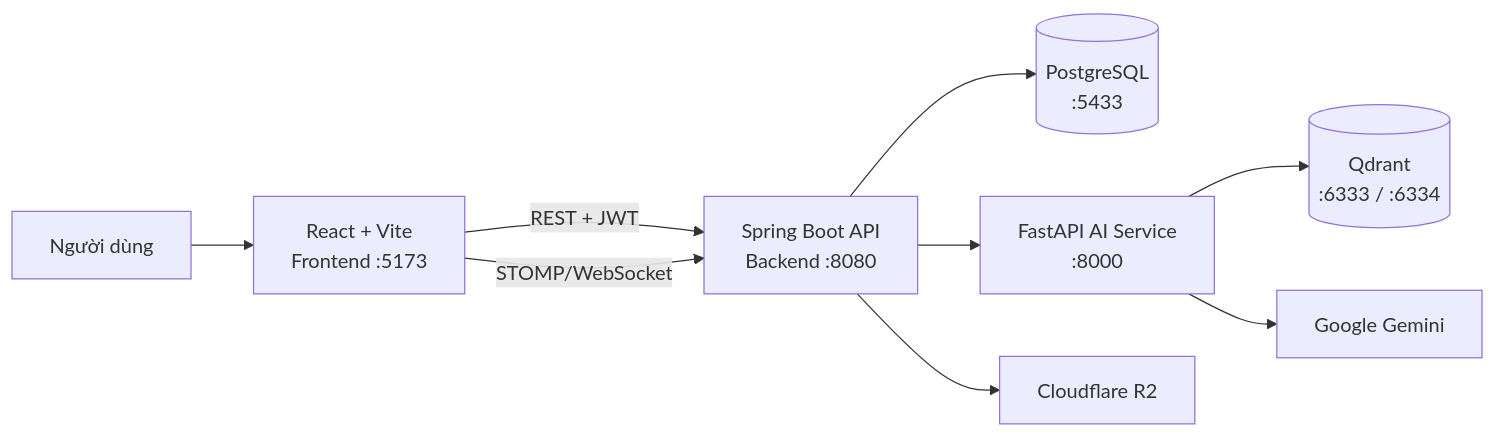
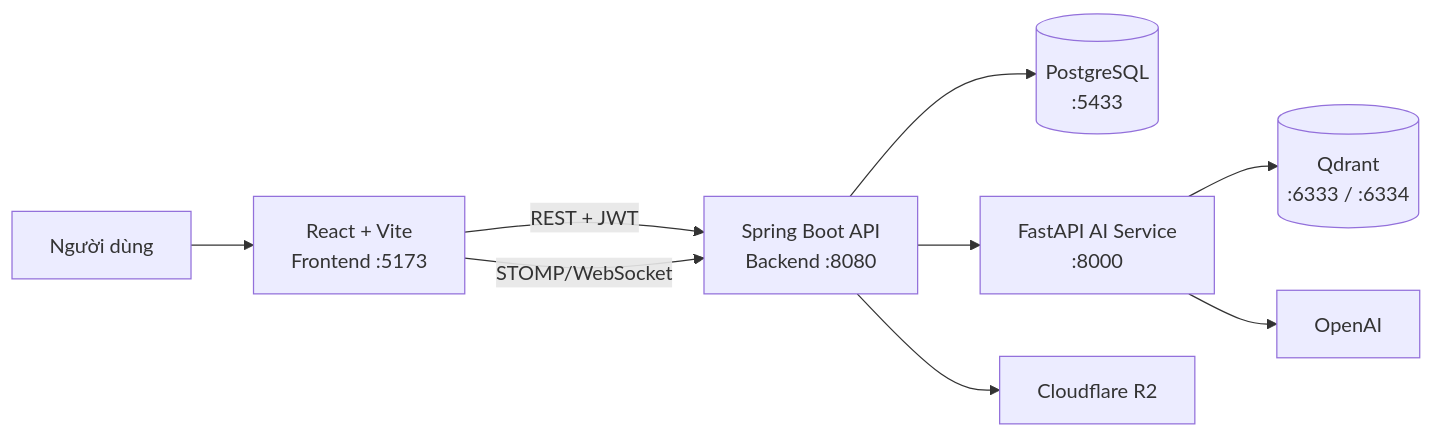
The first of 2 diagrams in README.md (NHACTAOHOCBAI/mora-frontend), drawn with Mermaid before and after one commit. The commit also changed 14 other files, not shown here.

````diff
--- a/README.md
+++ b/README.md
@@ -7,11 +7,11 @@
 ```mermaid
 flowchart LR
   U[Người dùng] --> FE[React + Vite\nFrontend :5173]
   FE -->|REST + JWT| BE[Spring Boot API\nBackend :8080]
   FE -->|STOMP/WebSocket| BE
   BE --> PG[(PostgreSQL\n:5433)]
   BE --> AI[FastAPI AI Service\n:8000]
   BE --> R2[Cloudflare R2]
   AI --> Q[(Qdrant\n:6333 / :6334)]
-  AI --> G[Google Gemini]
+  AI --> G[OpenAI]
 ```
````
